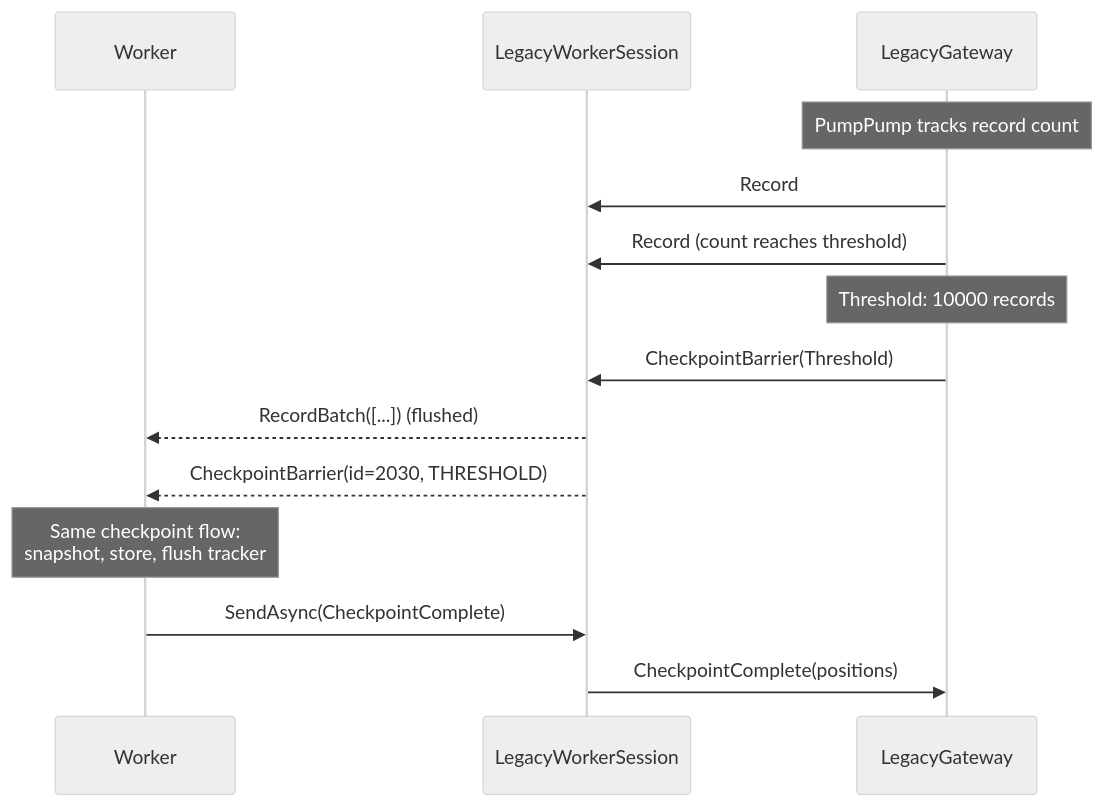
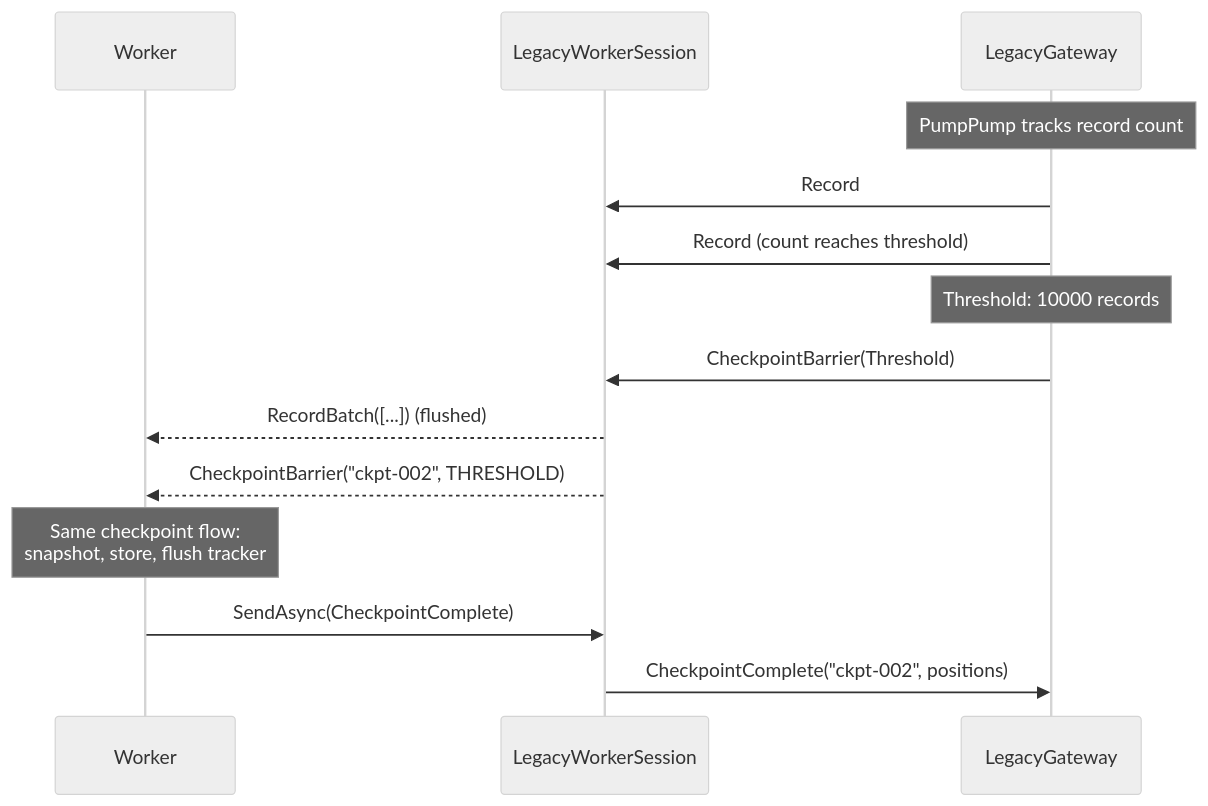
One commit to kurrent-io/kurrent-surge changed the fourth of 5 diagrams in _bmad-output/design/processor-gateway.md. Above: the diagram before and after it, drawn with Mermaid (neutral theme). The commit also changed other lines of this file and 117 other files, not shown here.

````diff
--- a/_bmad-output/design/processor-gateway.md
+++ b/_bmad-output/design/processor-gateway.md
@@ -704,23 +706,23 @@
 ```mermaid
 sequenceDiagram
     participant W as Worker
     participant S as LegacyWorkerSession
     participant G as LegacyGateway
 
     Note over G: PumpPump tracks record count
 
     G->>S: Record
     G->>S: Record (count reaches threshold)
 
     Note over G: Threshold: 10000 records
 
     G->>S: CheckpointBarrier(Threshold)
 
     S-->>W: RecordBatch([...]) (flushed)
-    S-->>W: CheckpointBarrier(id=2030, THRESHOLD)
+    S-->>W: CheckpointBarrier("ckpt-002", THRESHOLD)
 
     Note over W: Same checkpoint flow:<br/>snapshot, store, flush tracker
 
     W->>S: SendAsync(CheckpointComplete)
-    S->>G: CheckpointComplete(positions)
+    S->>G: CheckpointComplete("ckpt-002", positions)
 ```
````
